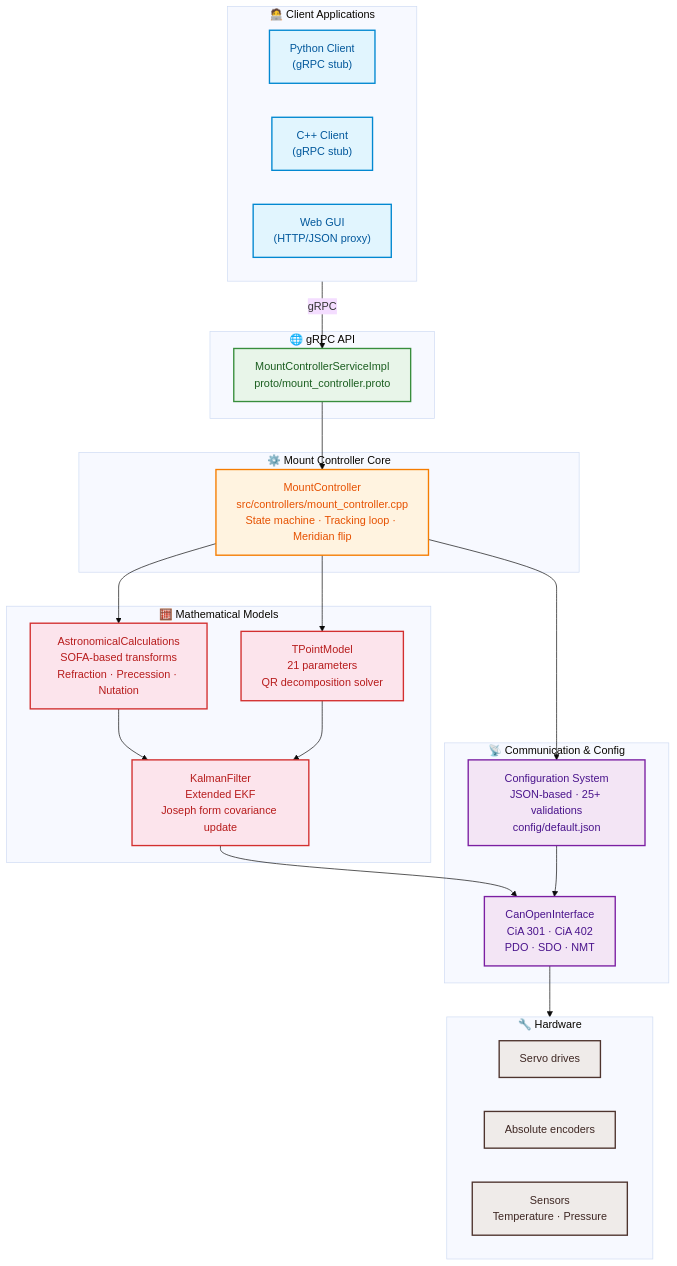
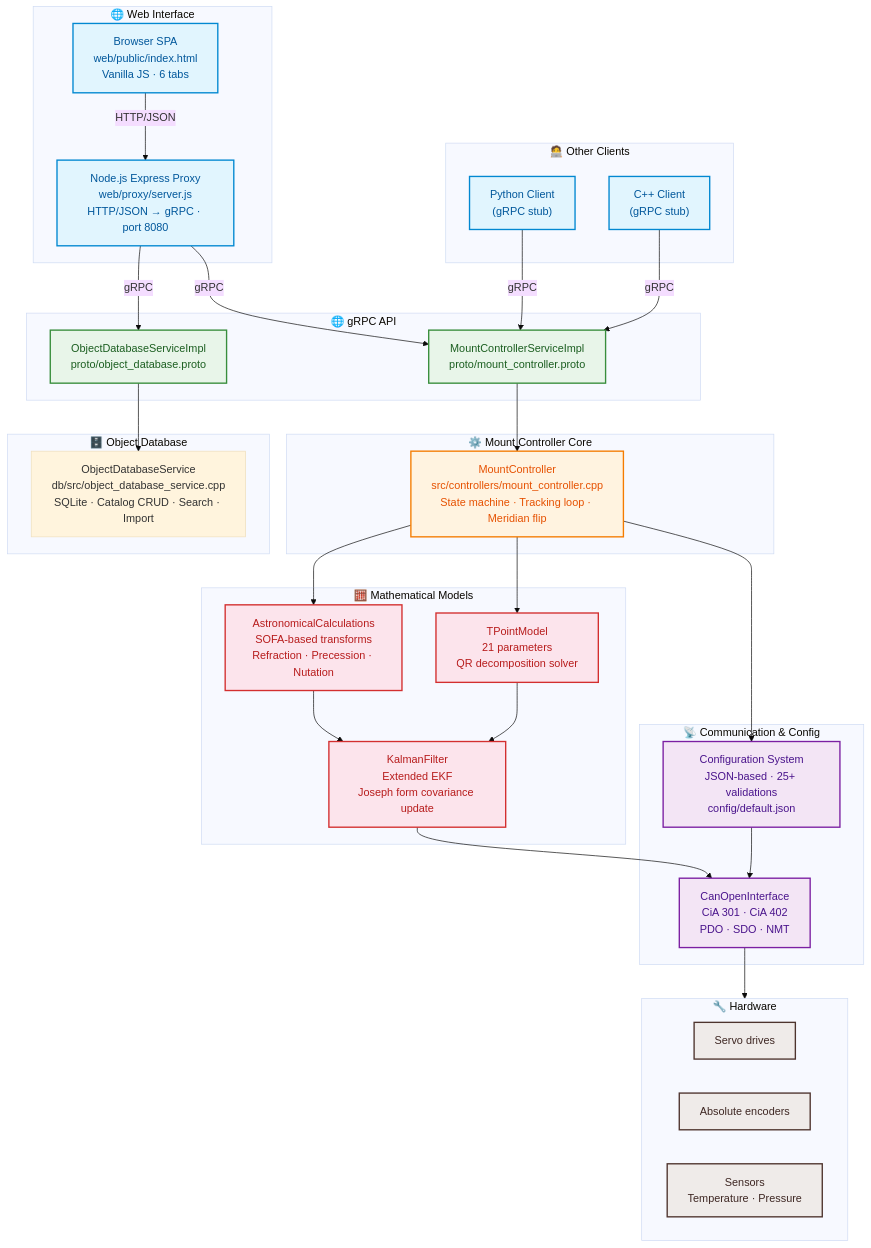
The first of 2 diagrams in docs/en/index.md (pielaszkiewicz-jacek/astro_mount_control), drawn with Mermaid (base theme) before and after one commit. The commit also changed other lines of this file and 22 other files, not shown here.

````diff
--- a/docs/en/index.md
+++ b/docs/en/index.md
@@ -37,60 +37,75 @@
 ```mermaid
 flowchart TB
     %% Styles
     classDef client fill:#e1f5fe,stroke:#0288d1,stroke-width:2px,color:#01579b
     classDef api fill:#e8f5e9,stroke:#388e3c,stroke-width:2px,color:#1b5e20
     classDef core fill:#fff3e0,stroke:#f57c00,stroke-width:2px,color:#e65100
     classDef model fill:#fce4ec,stroke:#d32f2f,stroke-width:2px,color:#b71c1c
     classDef comm fill:#f3e5f5,stroke:#7b1fa2,stroke-width:2px,color:#4a148c
     classDef hw fill:#efebe9,stroke:#4e342e,stroke-width:2px,color:#3e2723
     classDef cfg fill:#e0f7fa,stroke:#00838f,stroke-width:2px,color:#004d40
 
-    subgraph CLIENTS["🧑‍💻 Client Applications"]
+    subgraph WEBUI["🌐 Web Interface"]
+        SPA["Browser SPA<br/>web/public/index.html<br/>Vanilla JS · 6 tabs"]
+        PROXY["Node.js Express Proxy<br/>web/proxy/server.js<br/>HTTP/JSON → gRPC · port 8080"]
+    end
+
+    subgraph CLIENTS["🧑‍💻 Other Clients"]
         PY["Python Client<br/>(gRPC stub)"]
         CPP["C++ Client<br/>(gRPC stub)"]
-        WEB["Web GUI<br/>(HTTP/JSON proxy)"]
     end
 
     subgraph API["🌐 gRPC API"]
         GRPC["MountControllerServiceImpl<br/>proto/mount_controller.proto"]
+        DB_GRPC["ObjectDatabaseServiceImpl<br/>proto/object_database.proto"]
     end
 
     subgraph CORE["⚙️ Mount Controller Core"]
         MC["MountController<br/>src/controllers/mount_controller.cpp<br/>State machine · Tracking loop · Meridian flip"]
     end
 
     subgraph MODELS["🧮 Mathematical Models"]
         ASTRO["AstronomicalCalculations<br/>SOFA-based transforms<br/>Refraction · Precession · Nutation"]
         TPOINT["TPointModel<br/>21 parameters<br/>QR decomposition solver"]
         KF["KalmanFilter<br/>Extended EKF<br/>Joseph form covariance update"]
     end
 
     subgraph COMM["📡 Communication & Config"]
         CAN["CanOpenInterface<br/>CiA 301 · CiA 402<br/>PDO · SDO · NMT"]
         CONFIG["Configuration System<br/>JSON-based · 25+ validations<br/>config/default.json"]
     end
 
+    subgraph DB_SVC["🗄️ Object Database"]
+        DB_SERVICE["ObjectDatabaseService<br/>db/src/object_database_service.cpp<br/>SQLite · Catalog CRUD · Search · Import"]
+    end
+
     subgraph HW["🔧 Hardware"]
         HW1["Servo drives"]
         HW2["Absolute encoders"]
         HW3["Sensors<br/>Temperature · Pressure"]
     end
 
-    CLIENTS -->|gRPC| GRPC
+    SPA -->|"HTTP/JSON"| PROXY
+    PROXY -->|"gRPC"| GRPC
+    PROXY -->|"gRPC"| DB_GRPC
+    PY -->|gRPC| GRPC
+    CPP -->|gRPC| GRPC
     GRPC --> MC
+    DB_GRPC --> DB_SERVICE
     MC --> ASTRO
     MC --> TPOINT
     MC --> CONFIG
     ASTRO --> KF
     TPOINT --> KF
     KF --> CAN
     CONFIG --> CAN
     CAN --> HW
 
-    class PY,CPP,WEB client
-    class GRPC api
+    class SPA,PROXY client
+    class PY,CPP client
+    class GRPC,DB_GRPC api
     class MC core
     class ASTRO,TPOINT,KF model
     class CAN,CONFIG comm
     class HW1,HW2,HW3 hw
 ```
````
